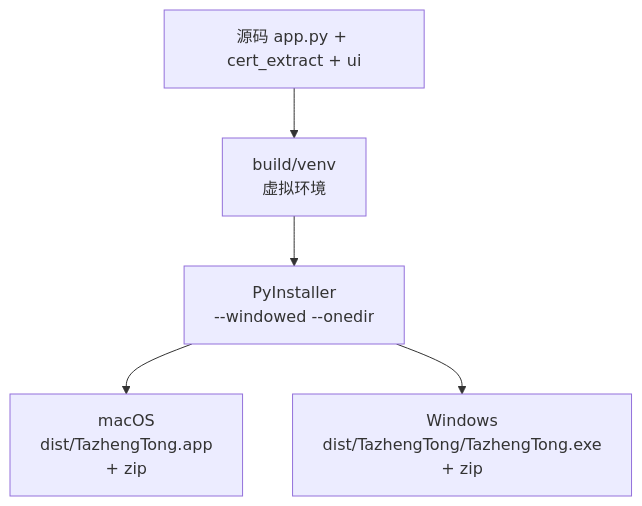
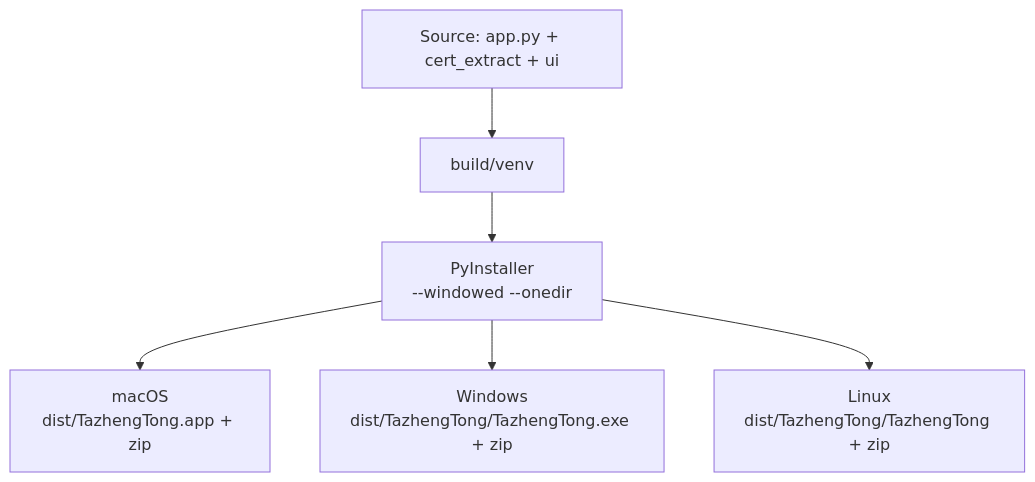
One commit to langjnjy/cert-extract-desktop changed the fourth of 4 diagrams in README.md. Above: the diagram before and after it, drawn with Mermaid. The commit also changed other lines of this file and 2 other files, not shown here.

First line of the commit message:
Add Linux packaging, tri-platform CI, and English README.

````diff
--- a/README.md
+++ b/README.md
@@ -96,10 +96,11 @@
 ```mermaid
 flowchart TB
-    SRC["源码 app.py + cert_extract + ui"]
-    VENV["build/venv\n虚拟环境"]
+    SRC["Source: app.py + cert_extract + ui"]
+    VENV["build/venv"]
     PI["PyInstaller\n--windowed --onedir"]
     SRC --> VENV
     VENV --> PI
-    PI --> MAC["macOS\ndist/TazhengTong.app\n+ zip"]
-    PI --> WIN["Windows\ndist/TazhengTong/TazhengTong.exe\n+ zip"]
+    PI --> MAC["macOS\ndist/TazhengTong.app + zip"]
+    PI --> WIN["Windows\ndist/TazhengTong/TazhengTong.exe + zip"]
+    PI --> LIN["Linux\ndist/TazhengTong/TazhengTong + zip"]
 ```
````
